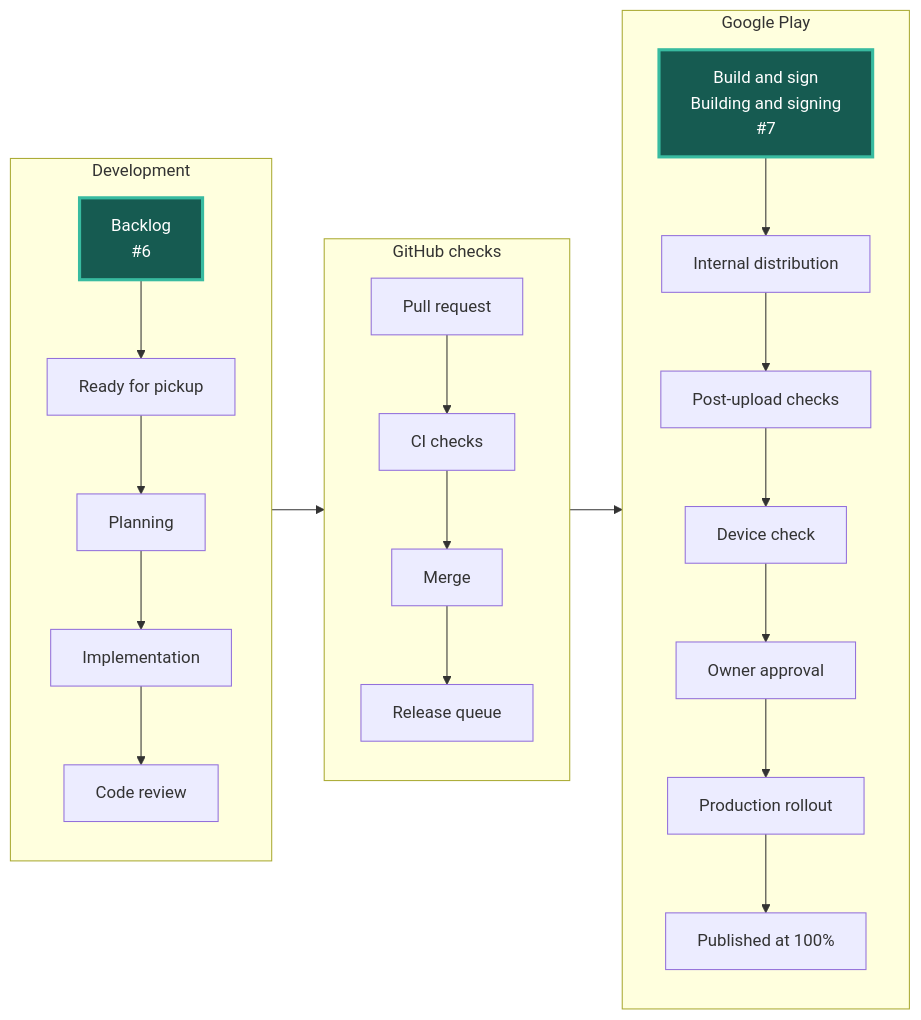
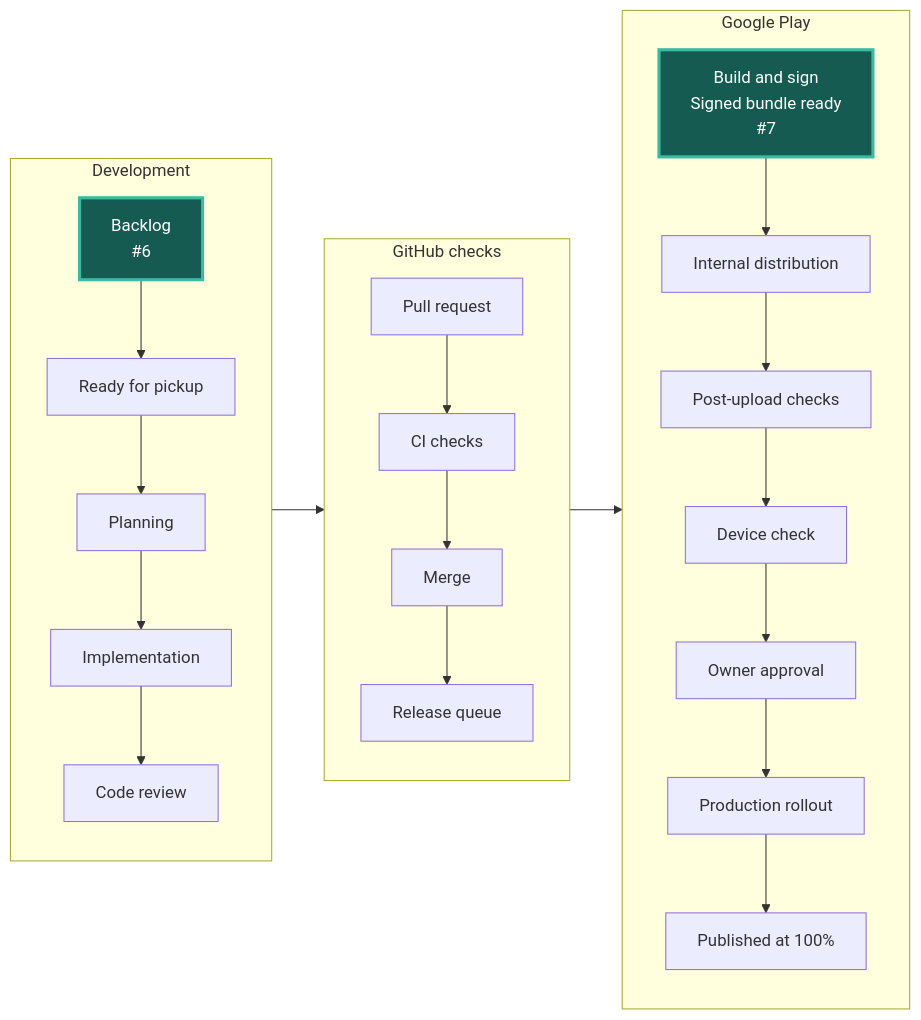
One commit to Oziomajnr/ChessTournamentManager changed the diagram in STATUS.md. Above: the diagram before and after it, drawn with Mermaid. The commit also changed other lines of this file and 1 other file, not shown here.

Commit message:
Refresh issue delivery graph

````diff
--- a/STATUS.md
+++ b/STATUS.md
@@ -5,35 +5,35 @@
 ```mermaid
 flowchart LR
     accTitle: Current issue positions in the delivery workflow
     accDescr: Development flows into GitHub checks and Google Play. Each issue number appears at its current step.
     subgraph development["Development"]
         direction TB
         backlog["Backlog<br/>#6"]:::occupied
         ready["Ready for pickup"]
         plan["Planning"]
         code["Implementation"]
         review["Code review"]
         backlog --> ready --> plan --> code --> review
     end
     subgraph integration["GitHub checks"]
         direction TB
         pull["Pull request"]
         ci["CI checks"]
         merge["Merge"]
         queue["Release queue"]
         pull --> ci --> merge --> queue
     end
     subgraph distribution["Google Play"]
         direction TB
-        build["Build and sign<br/>Building and signing<br/>#7"]:::occupied
+        build["Build and sign<br/>Signed bundle ready<br/>#7"]:::occupied
         internal["Internal distribution"]
         reports["Post-upload checks"]
         device["Device check"]
         approval["Owner approval"]
         rollout["Production rollout"]
         published["Published at 100%"]
         build --> internal --> reports --> device --> approval --> rollout --> published
     end
     development --> integration --> distribution
     classDef occupied fill:#165b51,color:#ffffff,stroke:#38bba0,stroke-width:3px
 ```
````
